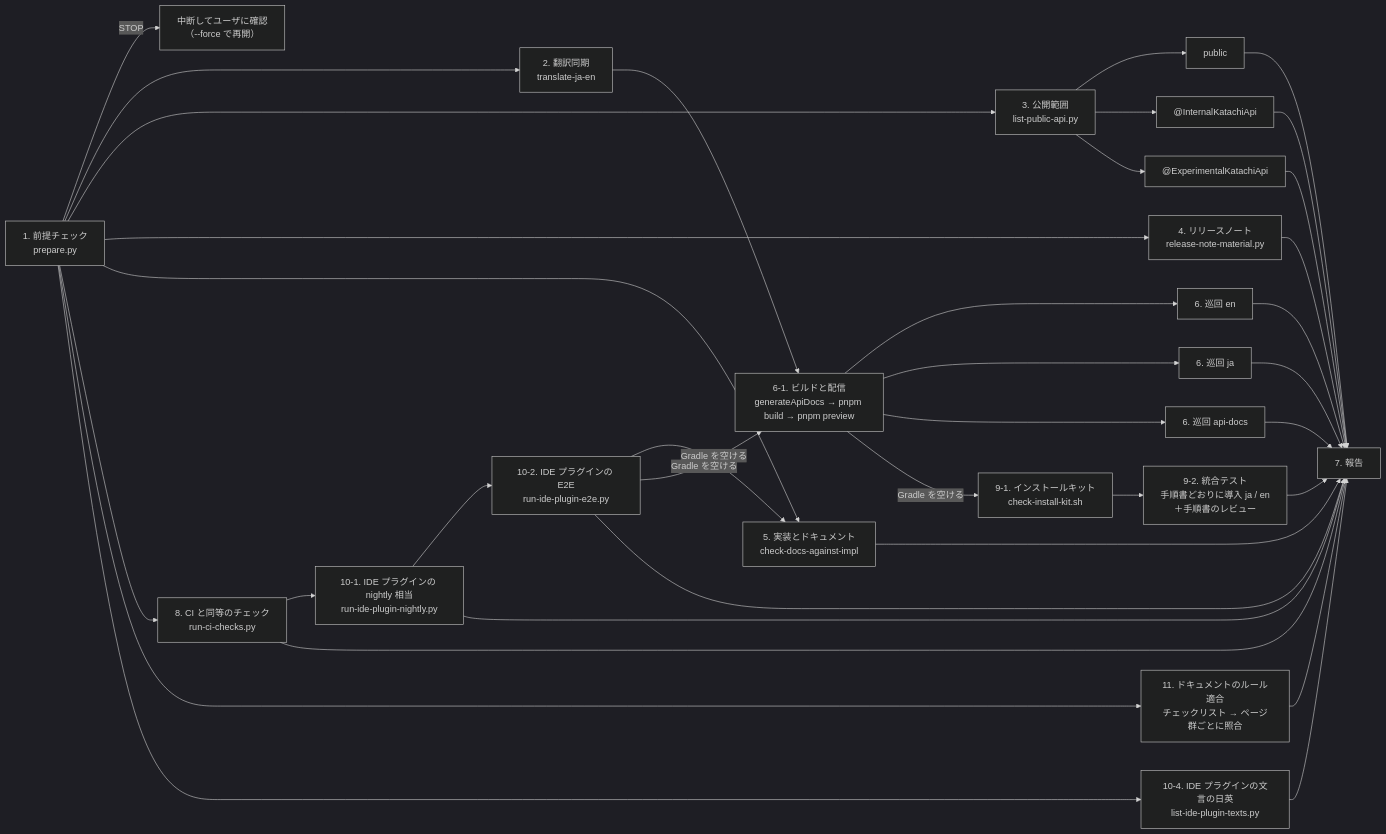
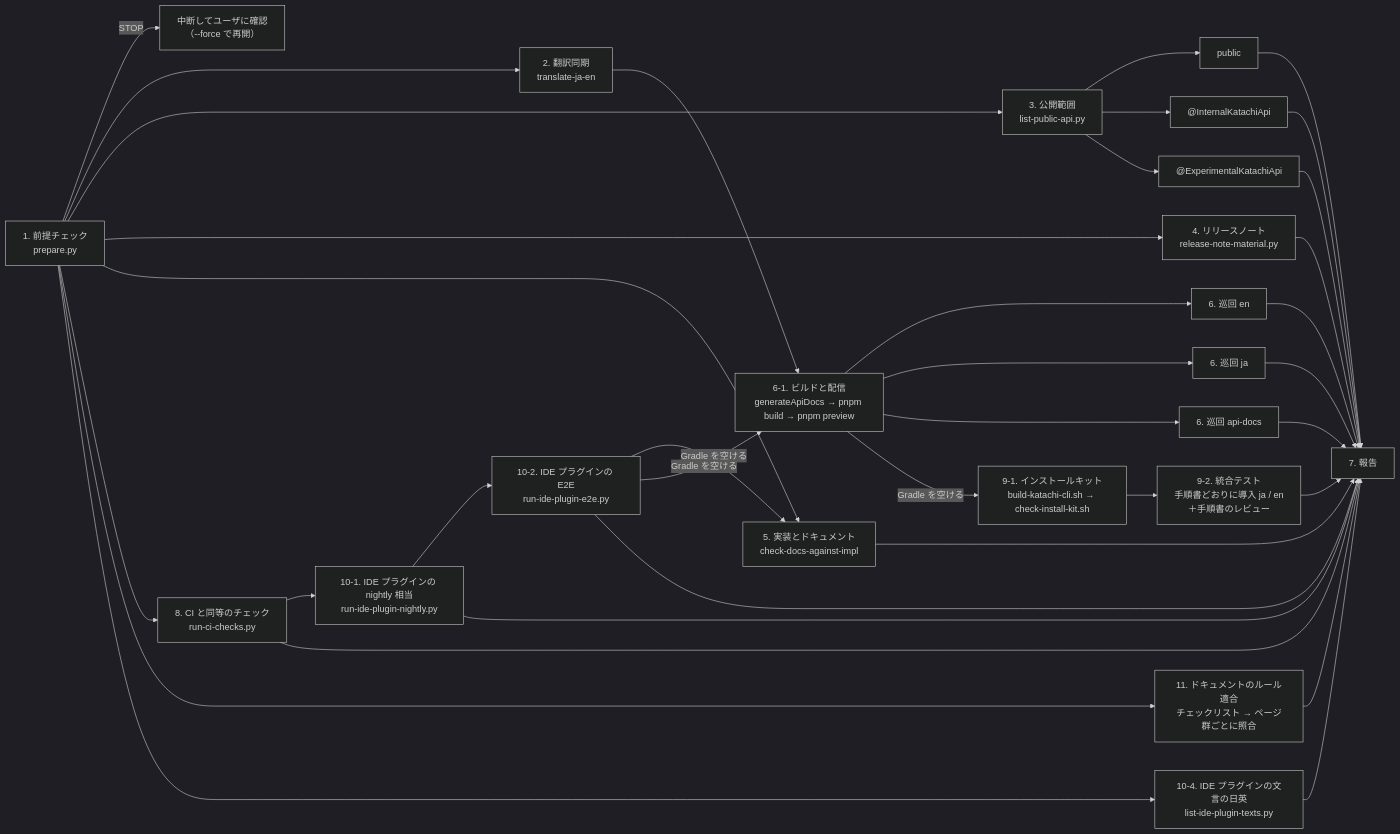
The diagram in .claude/skills/prerelease/SKILL.md (TBSten/katachi), drawn with Mermaid (dark theme) before and after one commit. The commit also changed other lines of this file and 7 other files, not shown here.

First line of the commit message:
chore(ci, cli): prerelease 9-1 のインストールキットのチェックを katachi CLI に向け直す (KATACHI-288)

````diff
--- a/.claude/skills/prerelease/SKILL.md
+++ b/.claude/skills/prerelease/SKILL.md
@@ -20,20 +20,20 @@
 ```mermaid
 flowchart LR
     P["1. 前提チェック<br/>prepare.py"] -- " STOP " --> Ask["中断してユーザに確認<br/>（--force で再開）"]
     P --> T["2. 翻訳同期<br/>translate-ja-en"]
     P --> V["3. 公開範囲<br/>list-public-api.py"]
     P --> R["4. リリースノート<br/>release-note-material.py"]
     P --> D["5. 実装とドキュメント<br/>check-docs-against-impl"]
     P --> CI["8. CI と同等のチェック<br/>run-ci-checks.py"]
     P --> DR["11. ドキュメントのルール適合<br/>チェックリスト → ページ群ごとに照合"]
     P --> TX["10-4. IDE プラグインの文言の日英<br/>list-ide-plugin-texts.py"]
     V --> V1["public"] & V2["@InternalKatachiApi"] & V3["@ExperimentalKatachiApi"]
     T --> B["6-1. ビルドと配信<br/>generateApiDocs → pnpm build → pnpm preview"]
     B --> C1["6. 巡回 en"] & C2["6. 巡回 ja"] & C3["6. 巡回 api-docs"]
     CI --> N["10-1. IDE プラグインの nightly 相当<br/>run-ide-plugin-nightly.py"]
     N --> E2["10-2. IDE プラグインの E2E<br/>run-ide-plugin-e2e.py"]
     E2 -- " Gradle を空ける " --> D & B
-    B -- " Gradle を空ける " --> IK["9-1. インストールキット<br/>check-install-kit.sh"]
+    B -- " Gradle を空ける " --> IK["9-1. インストールキット<br/>build-katachi-cli.sh → check-install-kit.sh"]
     IK --> IE["9-2. 統合テスト<br/>手順書どおりに導入 ja / en<br/>＋手順書のレビュー"]
     V1 & V2 & V3 & R & D & DR & TX & C1 & C2 & C3 & CI & N & E2 & IE --> Rep["7. 報告"]
 ```
````
